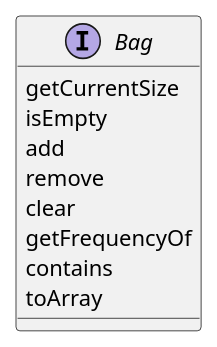
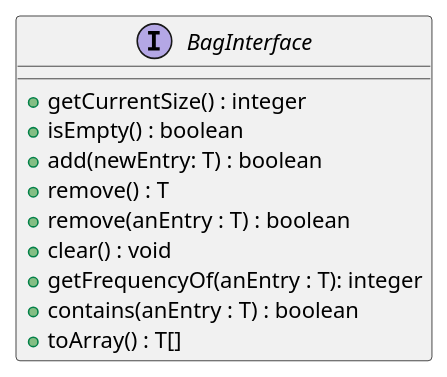
The diagram in cs2400/markdown/04 - Abstract Data Types.md (Inevitabby/notes), drawn with PlantUML before and after one commit. The commit also changed other lines of this file, not shown here.

```diff
--- a/cs2400/markdown/04 - Abstract Data Types.md
+++ b/cs2400/markdown/04 - Abstract Data Types.md
@@ -87,12 +109,13 @@
 @startuml
-interface Bag{
-getCurrentSize
-isEmpty
-add
-remove
-clear
-getFrequencyOf
-contains
-toArray
+interface BagInterface{
+	+getCurrentSize() : integer
+	+isEmpty() : boolean
+	+add(newEntry: T) : boolean
+	+remove() : T
+	+remove(anEntry : T) : boolean
+	+clear() : void
+	+getFrequencyOf(anEntry : T): integer
+	+contains(anEntry : T) : boolean
+	+toArray() : T[]
 }
 @enduml
```
